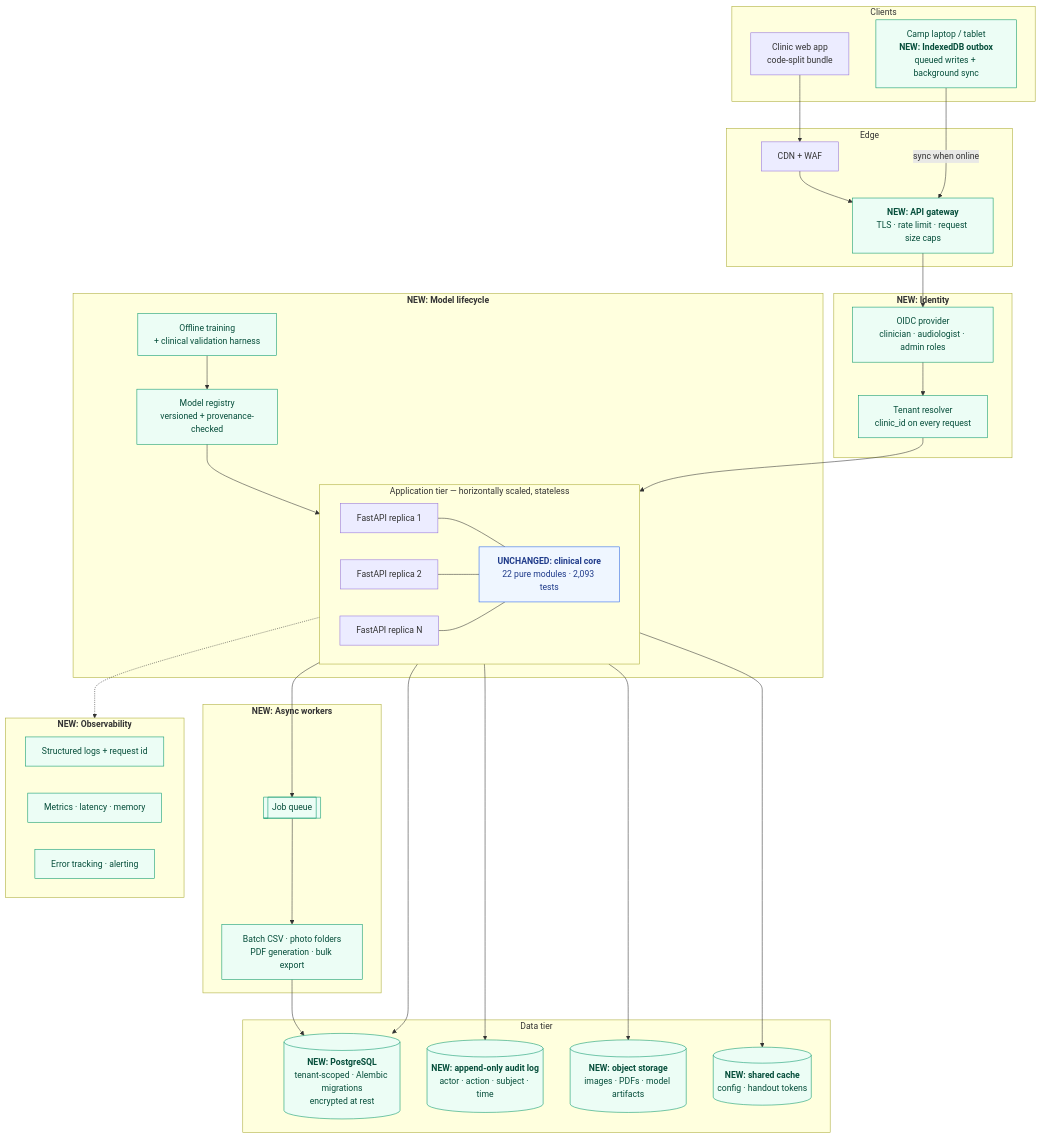
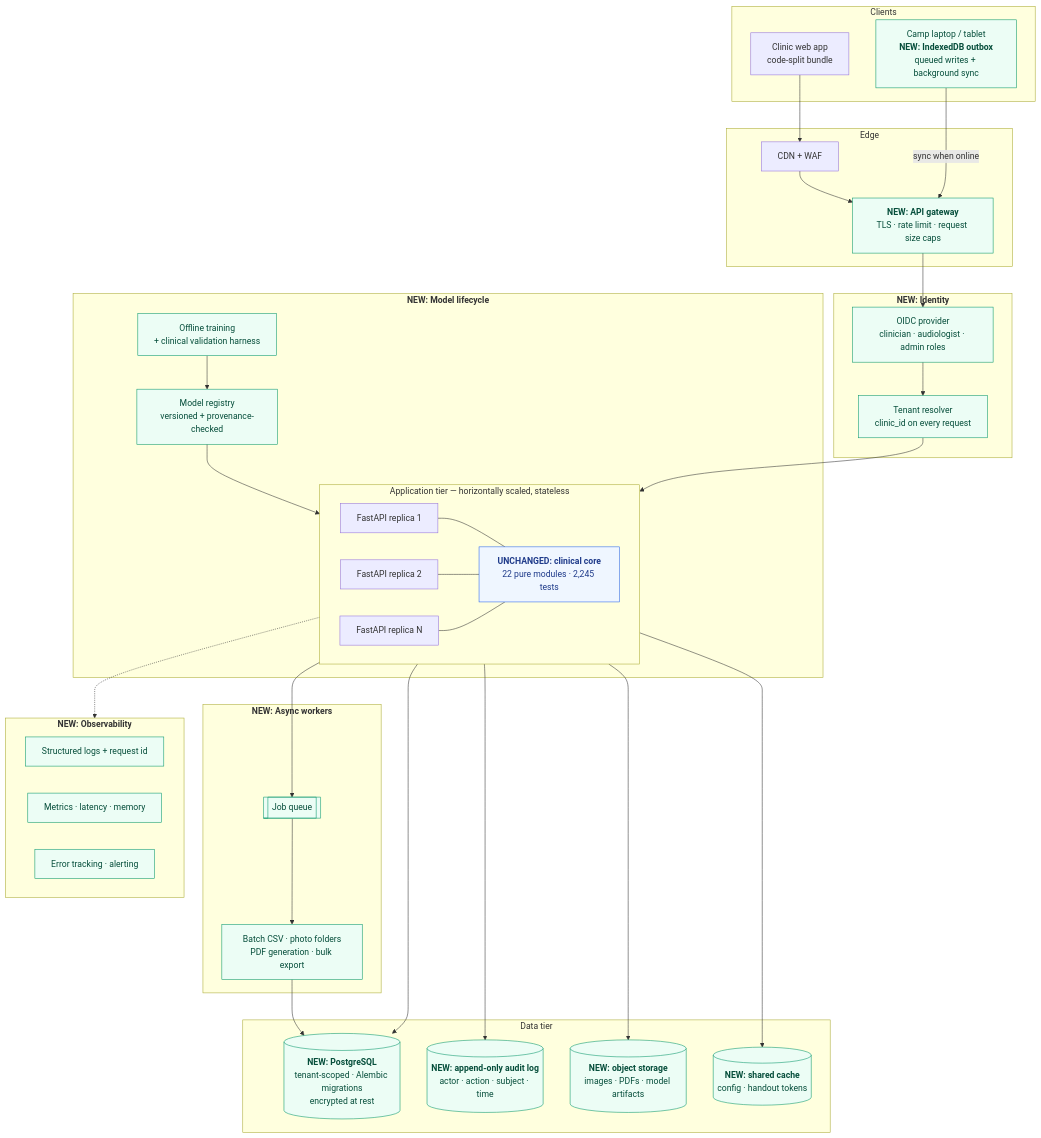
The third of 6 diagrams in SCALING.md (SUBASH-R-007/AudioSense-AI), drawn with Mermaid before and after one commit. The commit also changed other lines of this file and 57 other files, not shown here.

````diff
--- a/SCALING.md
+++ b/SCALING.md
@@ -318,68 +318,68 @@
 ```mermaid
 flowchart TB
     subgraph CLIENTS ["Clients"]
         WEB["Clinic web app<br/>code-split bundle"]
         CAMP["Camp laptop / tablet<br/><b>NEW: IndexedDB outbox</b><br/>queued writes + background sync"]
     end
 
     subgraph EDGEL ["Edge"]
         CDN["CDN + WAF"]
         GW["<b>NEW: API gateway</b><br/>TLS · rate limit · request size caps"]
     end
 
     subgraph IDENTITY ["<b>NEW: Identity</b>"]
         AUTH["OIDC provider<br/>clinician · audiologist · admin roles"]
         TENANT["Tenant resolver<br/>clinic_id on every request"]
     end
 
     subgraph APPL ["Application tier — horizontally scaled, stateless"]
         API1["FastAPI replica 1"]
         API2["FastAPI replica 2"]
         APIN["FastAPI replica N"]
-        CORE2["<b>UNCHANGED: clinical core</b><br/>22 pure modules · 2,093 tests"]
+        CORE2["<b>UNCHANGED: clinical core</b><br/>22 pure modules · 2,245 tests"]
         API1 --- CORE2
         API2 --- CORE2
         APIN --- CORE2
     end
 
     subgraph WORK ["<b>NEW: Async workers</b>"]
         QUEUE[["Job queue"]]
         BATCHW["Batch CSV · photo folders<br/>PDF generation · bulk export"]
         QUEUE --> BATCHW
     end
 
     subgraph DATA2 ["Data tier"]
         PG[("<b>NEW: PostgreSQL</b><br/>tenant-scoped · Alembic migrations<br/>encrypted at rest")]
         AUDIT[("<b>NEW: append-only audit log</b><br/>actor · action · subject · time")]
         OBJ[("<b>NEW: object storage</b><br/>images · PDFs · model artifacts")]
         CACHE[("<b>NEW: shared cache</b><br/>config · handout tokens")]
     end
 
     subgraph MLOPS ["<b>NEW: Model lifecycle</b>"]
         REG["Model registry<br/>versioned + provenance-checked"]
         TRAIN["Offline training<br/>+ clinical validation harness"]
         TRAIN --> REG --> APPL
     end
 
     subgraph OBS ["<b>NEW: Observability</b>"]
         LOGS["Structured logs + request id"]
         METRICS["Metrics · latency · memory"]
         ERR["Error tracking · alerting"]
     end
 
     WEB --> CDN --> GW
     CAMP -->|"sync when online"| GW
     GW --> AUTH --> TENANT --> APPL
     APPL --> PG
     APPL --> AUDIT
     APPL --> OBJ
     APPL --> CACHE
     APPL --> QUEUE
     APPL -.-> OBS
     BATCHW --> PG
 
     classDef new fill:#ecfdf5,stroke:#059669,color:#064e3b
     classDef keep fill:#eff6ff,stroke:#2563eb,color:#1e3a8a
     class GW,AUTH,TENANT,QUEUE,BATCHW,PG,AUDIT,OBJ,CACHE,REG,TRAIN,LOGS,METRICS,ERR,CAMP new
     class CORE2 keep
 ```
````
